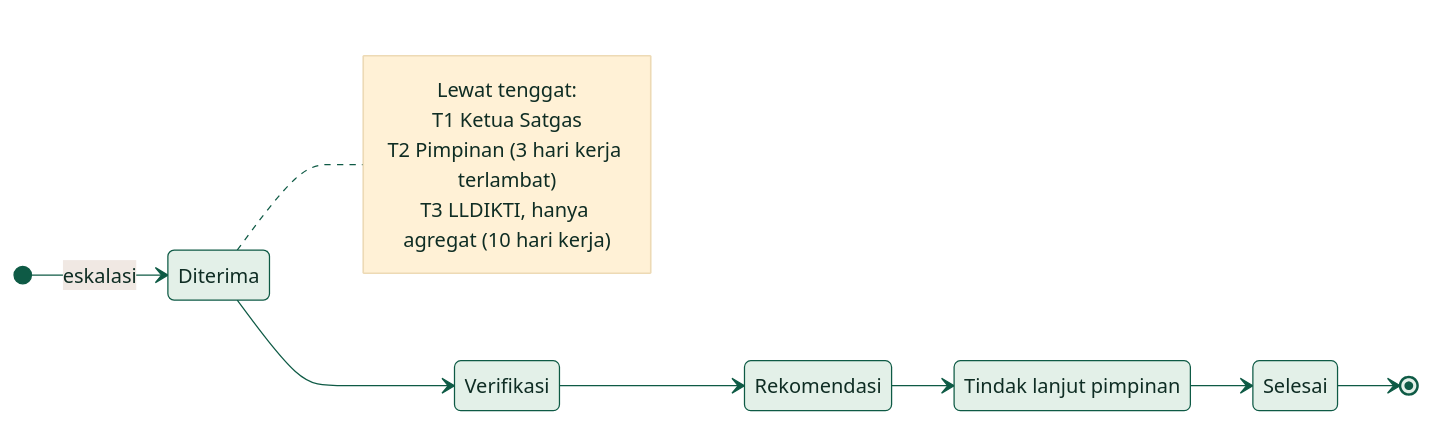
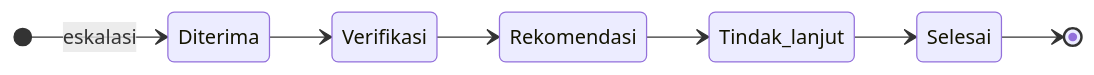
The third of 3 diagrams in README.md (LazuardiAdityaPratamaPutra/gema), drawn with Mermaid before and after one commit. The commit also changed other lines of this file, not shown here.

Commit message:
Perbaiki diagram dan slogan README

````diff
--- a/README.md
+++ b/README.md
@@ -110,19 +108,11 @@
 ```mermaid
-%%{init: {'theme':'base','themeVariables':{'primaryColor':'#E3F0E8','primaryBorderColor':'#0E5A45','primaryTextColor':'#0F2D24','lineColor':'#0E5A45','noteBkgColor':'#FFF1D6','noteTextColor':'#0F2D24'}}}%%
 stateDiagram-v2
     direction LR
-    state "Tindak lanjut pimpinan" as TindakLanjut
     [*] --> Diterima: eskalasi
     Diterima --> Verifikasi
     Verifikasi --> Rekomendasi
-    Rekomendasi --> TindakLanjut
-    TindakLanjut --> Selesai
+    Rekomendasi --> Tindak_lanjut
+    Tindak_lanjut --> Selesai
     Selesai --> [*]
 
-    note right of Diterima
-        Lewat tenggat:
-        T1 Ketua Satgas
-        T2 Pimpinan (3 hari kerja terlambat)
-        T3 LLDIKTI, hanya agregat (10 hari kerja)
-    end note
 ```
````
